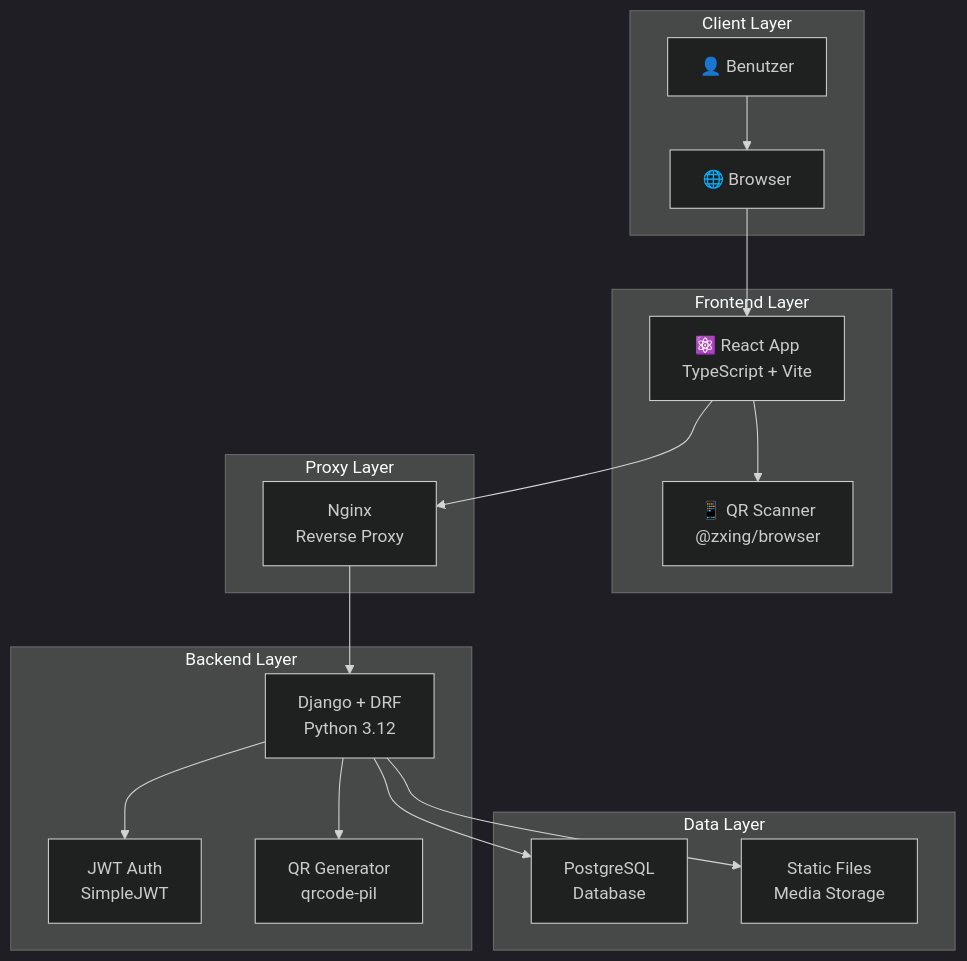
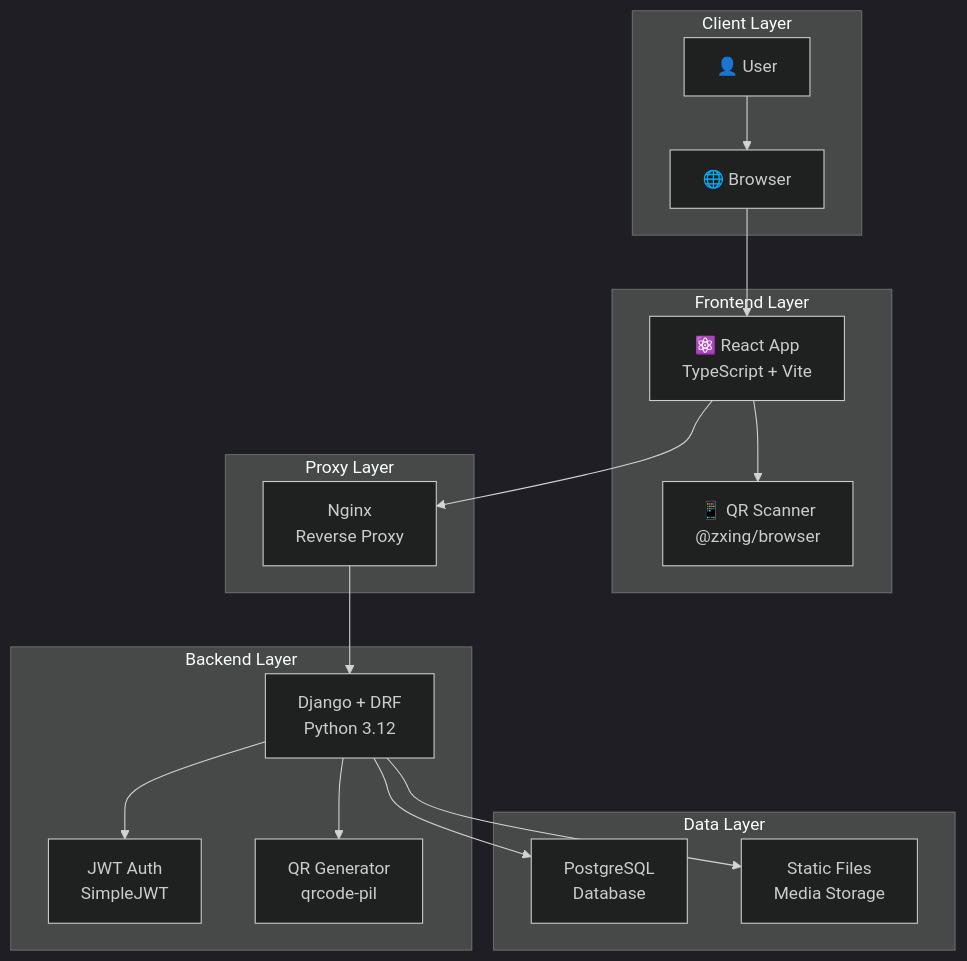
One commit to zerox80/Emma-Tresor changed the first of 2 diagrams in README.md. Above: the diagram before and after it, drawn with Mermaid (dark theme). The commit also changed other lines of this file and 9 other files, not shown here.

````diff
--- a/README.md
+++ b/README.md
@@ -124,37 +103,37 @@
 ```mermaid
 graph TB
     subgraph "Client Layer"
-        U[👤 Benutzer]
+        U[👤 User]
         B[🌐 Browser]
     end
     
     subgraph "Frontend Layer"
         R[⚛️ React App<br/>TypeScript + Vite]
         S[📱 QR Scanner<br/>@zxing/browser]
     end
      
     subgraph "Proxy Layer"
         N[Nginx<br/>Reverse Proxy]
     end
      
     subgraph "Backend Layer"
         D[Django + DRF<br/>Python 3.12]
         A[JWT Auth<br/>SimpleJWT]
         Q[QR Generator<br/>qrcode-pil]
     end
     
     subgraph "Data Layer"
         DB[PostgreSQL<br/>Database]
         ST[Static Files<br/>Media Storage]
     end
     
     U --> B
     B --> R
     R --> S
     R --> N
     N --> D
     D --> A
     D --> Q
     D --> DB
     D --> ST
 ```
````
